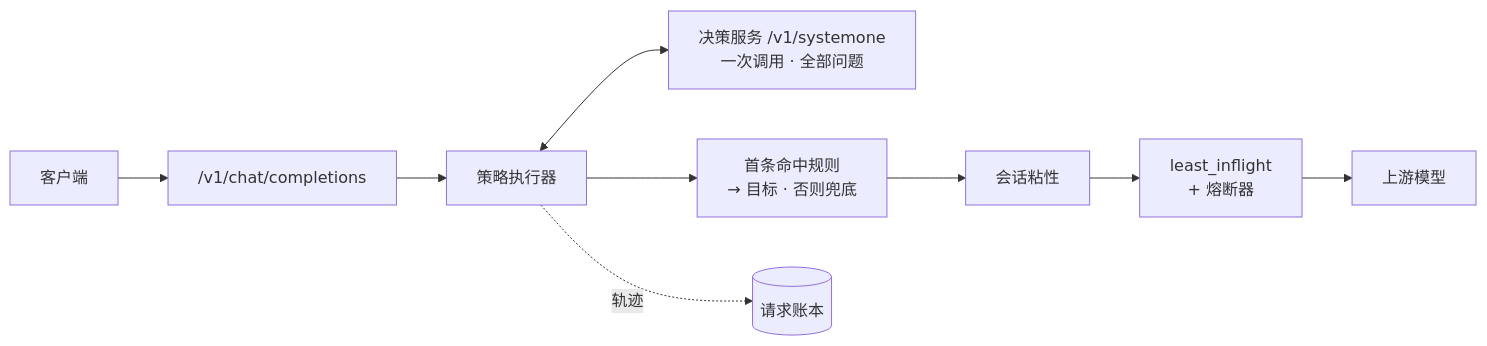
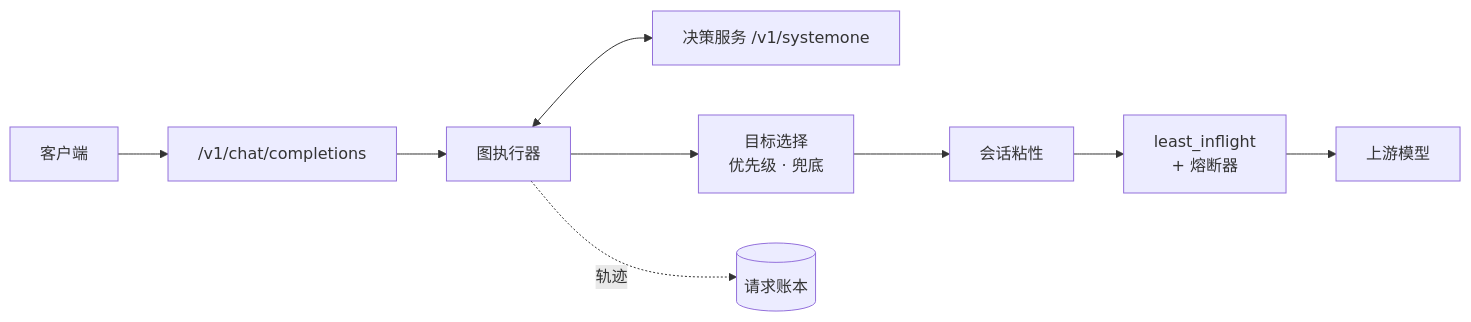
The diagram in README.zh-CN.md (Wayfinder-one/RoutePilot), drawn with Mermaid before and after one commit. The commit also changed other lines of this file and 148 other files, not shown here.

First line of the commit message:
Revert "feat!: merge routing policy v4 (replaces graph v3)"

````diff
--- a/README.zh-CN.md
+++ b/README.zh-CN.md
@@ -24,11 +26,11 @@
 ```mermaid
 flowchart LR
   C[客户端] --> V["/v1/chat/completions"]
-  V --> P[策略执行器]
-  P <--> J["决策服务 /v1/systemone<br/>一次调用 · 全部问题"]
-  P --> T["首条命中规则<br/>→ 目标 · 否则兜底"]
+  V --> G[图执行器]
+  G <--> J["决策服务 /v1/systemone"]
+  G --> T["目标选择<br/>优先级 · 兜底"]
   T --> A[会话粘性]
   A --> L["least_inflight<br/>+ 熔断器"]
   L --> U[上游模型]
-  P -. 轨迹 .-> R[(请求账本)]
+  G -. 轨迹 .-> R[(请求账本)]
 ```
````
